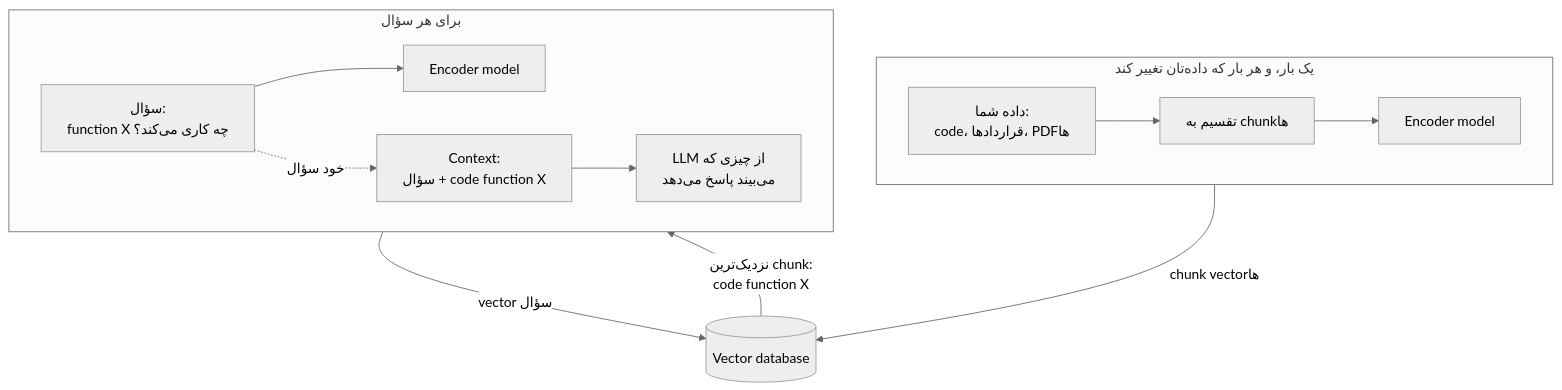
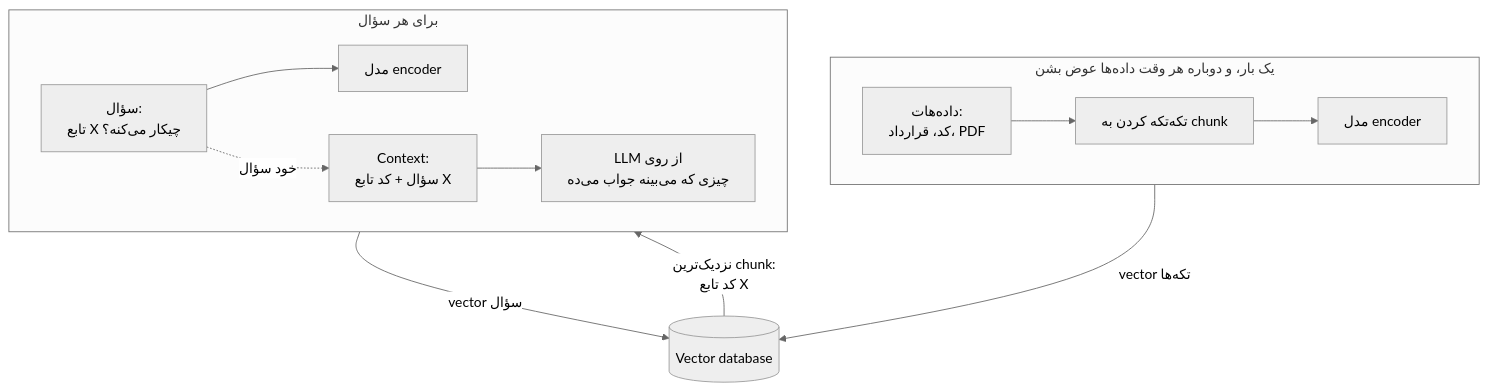
The first of 5 diagrams in mini-courses/1_fundamentals/rag_fa.md (lokumai/ai-engineering-bazaar), drawn with Mermaid (neutral theme) before and after one commit. The commit also changed other lines of this file and 63 other files, not shown here.

````diff
--- a/mini-courses/1_fundamentals/rag_fa.md
+++ b/mini-courses/1_fundamentals/rag_fa.md
@@ -35,17 +31,17 @@
 ```mermaid
 flowchart TB
-    subgraph once["یک بار، و هر بار که داده‌تان تغییر کند"]
+    subgraph once["یک بار، و دوباره هر وقت داده‌ها عوض بشن"]
         direction LR
-        D["داده شما:<br/>code، قراردادها، PDF‌ها"] --> S["تقسیم به chunk‌ها"] --> E1["Encoder model"]
+        D["داده‌هات:<br/>کد، قرارداد، PDF"] --> S["تکه‌تکه کردن به chunk"] --> E1["مدل encoder"]
     end
     V[("Vector database")]
     subgraph every["برای هر سؤال"]
         direction LR
-        Q["سؤال:<br/>function X چه کاری می‌کند؟"] --> E2["Encoder model"]
-        C["Context:<br/>سؤال + code function X"] --> L["LLM از چیزی که<br/>می‌بیند پاسخ می‌دهد"]
+        Q["سؤال:<br/>تابع X چیکار می‌کنه؟"] --> E2["مدل encoder"]
+        C["Context:<br/>سؤال + کد تابع X"] --> L["LLM از روی<br/>چیزی که می‌بینه جواب می‌ده"]
     end
-    E1 -->|"chunk vector‌ها"| V
+    E1 -->|"vector تکه‌ها"| V
     E2 -->|"vector سؤال"| V
-    V -->|"نزدیک‌ترین chunk:<br/>code function X"| C
+    V -->|"نزدیک‌ترین chunk:<br/>کد تابع X"| C
     Q -.->|"خود سؤال"| C
 ```
````
